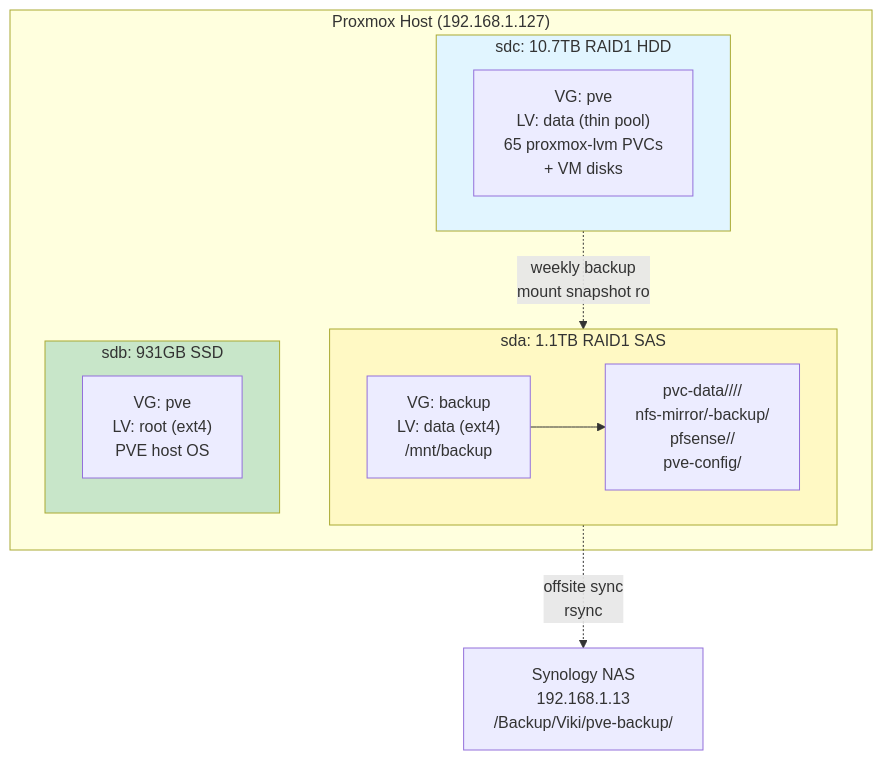
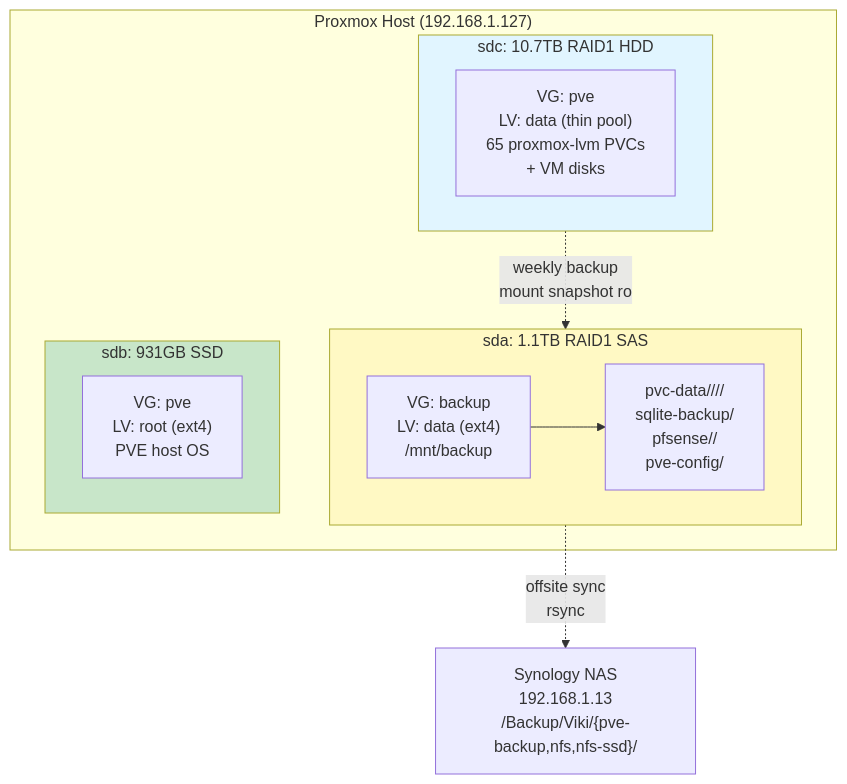
The third of 5 diagrams in docs/architecture/backup-dr.md (ViktorBarzin/infra), drawn with Mermaid before and after one commit. The commit also changed other lines of this file and 4 other files, not shown here.

Commit message:
docs: update backup architecture for inotify change tracking + consolidated Synology layout [ci skip]

````diff
--- a/docs/architecture/backup-dr.md
+++ b/docs/architecture/backup-dr.md
@@ -103,26 +108,26 @@
 ```mermaid
 graph TB
     subgraph PVE["Proxmox Host (192.168.1.127)"]
         subgraph sda["sda: 1.1TB RAID1 SAS"]
             sda_vg["VG: backup<br/>LV: data (ext4)<br/>/mnt/backup"]
-            sda_content["pvc-data/<YYYY-WW>/<ns>/<pvc>/<br/>nfs-mirror/<service>-backup/<br/>pfsense/<YYYY-WW>/<br/>pve-config/"]
+            sda_content["pvc-data/<YYYY-WW>/<ns>/<pvc>/<br/>sqlite-backup/<br/>pfsense/<YYYY-WW>/<br/>pve-config/"]
         end
 
         subgraph sdb["sdb: 931GB SSD"]
             sdb_vg["VG: pve<br/>LV: root (ext4)<br/>PVE host OS"]
         end
 
         subgraph sdc["sdc: 10.7TB RAID1 HDD"]
             sdc_vg["VG: pve<br/>LV: data (thin pool)<br/>65 proxmox-lvm PVCs<br/>+ VM disks"]
         end
 
         sda_vg --> sda_content
     end
 
     sdc -.->|weekly backup<br/>mount snapshot ro| sda
-    sda -.->|offsite sync<br/>rsync| Synology["Synology NAS<br/>192.168.1.13<br/>/Backup/Viki/pve-backup/"]
+    sda -.->|offsite sync<br/>rsync| Synology["Synology NAS<br/>192.168.1.13<br/>/Backup/Viki/{pve-backup,nfs,nfs-ssd}/"]
 
     style sda fill:#fff9c4
     style sdb fill:#c8e6c9
     style sdc fill:#e1f5ff
 ```
````
